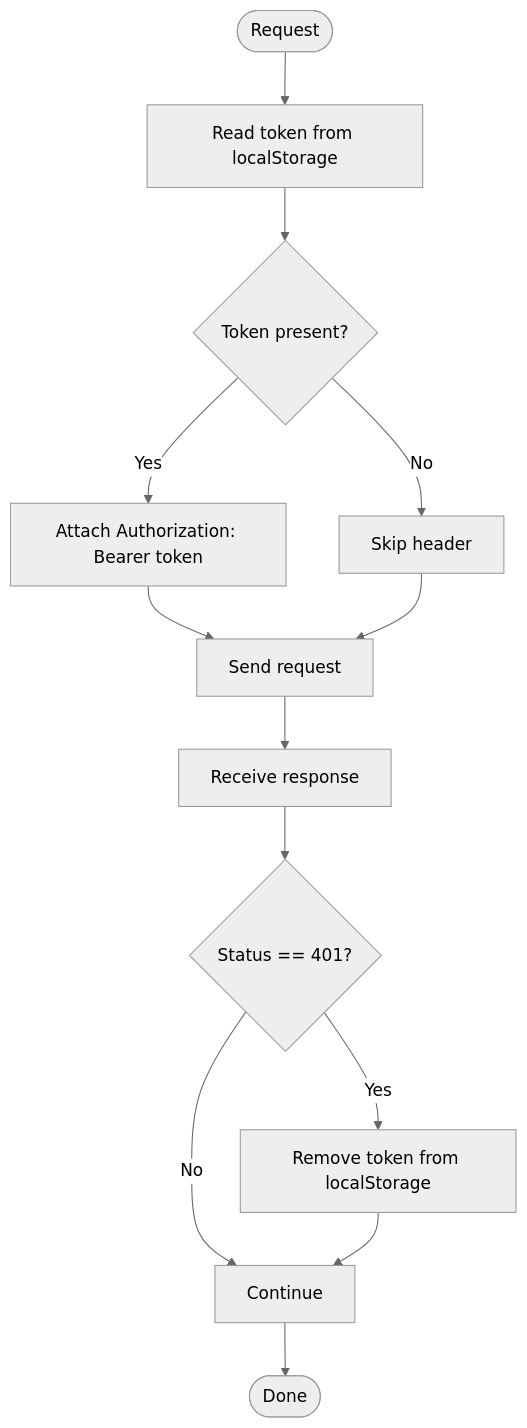
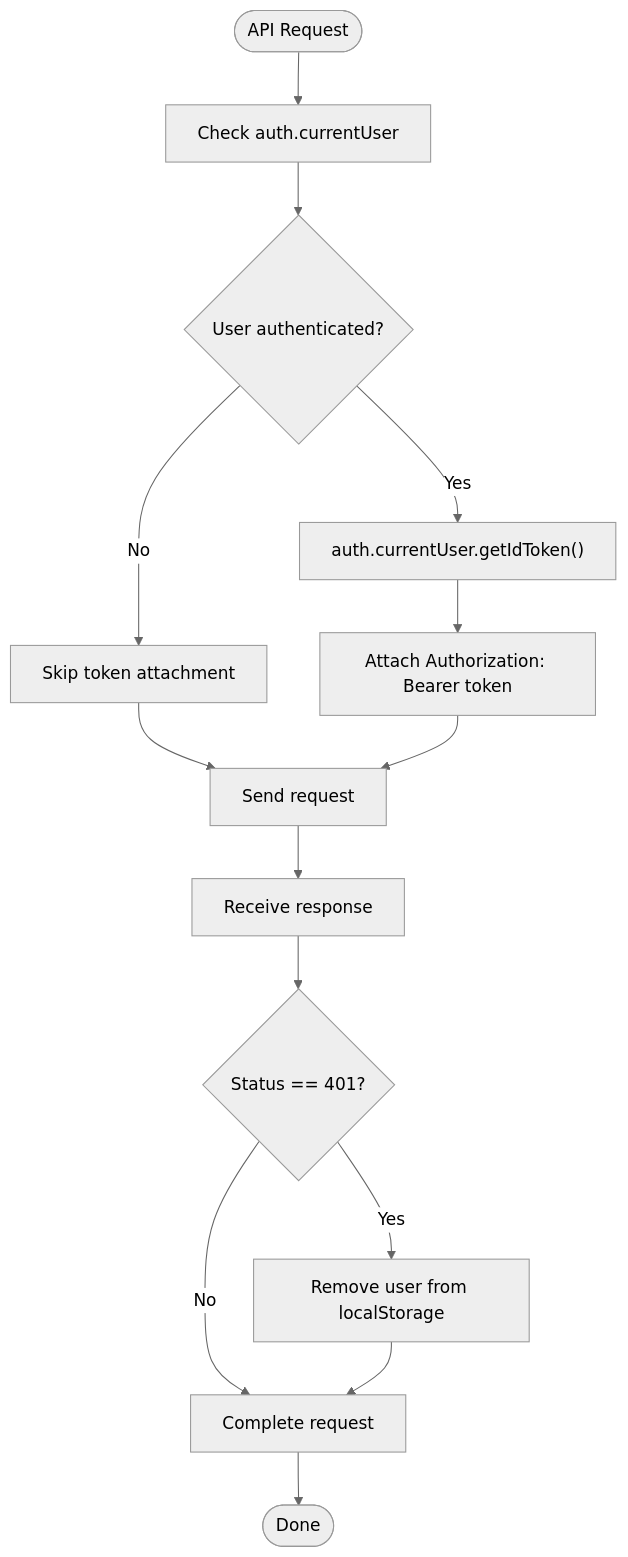
Before and after one commit to Pavan-PSPK9032/TrendsandToss: the fifth of 9 diagrams in .qoder/repowiki/en/content/Authentication & Authorization/Frontend Authentication State Management.md, drawn with Mermaid (neutral theme). The commit also changed other lines of this file and 9 other files, not shown here.

````diff
--- a/.qoder/repowiki/en/content/Authentication & Authorization/Frontend Authentication State Management.md
+++ b/.qoder/repowiki/en/content/Authentication & Authorization/Frontend Authentication State Management.md
@@ -265,15 +248,16 @@
 ```mermaid
 flowchart TD
-Start(["Request"]) --> CheckToken["Read token from localStorage"]
-CheckToken --> HasToken{"Token present?"}
-HasToken --> |Yes| AttachHeader["Attach Authorization: Bearer token"]
-HasToken --> |No| SkipHeader["Skip header"]
-AttachHeader --> Send["Send request"]
-SkipHeader --> Send
-Send --> Response["Receive response"]
-Response --> Status{"Status == 401?"}
-Status --> |Yes| RemoveToken["Remove token from localStorage"]
-Status --> |No| Continue["Continue"]
-RemoveToken --> Continue
-Continue --> End(["Done"])
+Start(["API Request"]) --> CheckAuth["Check auth.currentUser"]
+CheckAuth --> HasAuth{"User authenticated?"}
+HasAuth --> |Yes| GetToken["auth.currentUser.getIdToken()"]
+HasAuth --> |No| SkipToken["Skip token attachment"]
+GetToken --> AttachHeader["Attach Authorization: Bearer token"]
+SkipToken --> SendRequest["Send request"]
+AttachHeader --> SendRequest
+SendRequest --> Response["Receive response"]
+Response --> Handle401{"Status == 401?"}
+Handle401 --> |Yes| ClearStorage["Remove user from localStorage"]
+Handle401 --> |No| Complete["Complete request"]
+ClearStorage --> Complete
+Complete --> End(["Done"])
 ```
````
